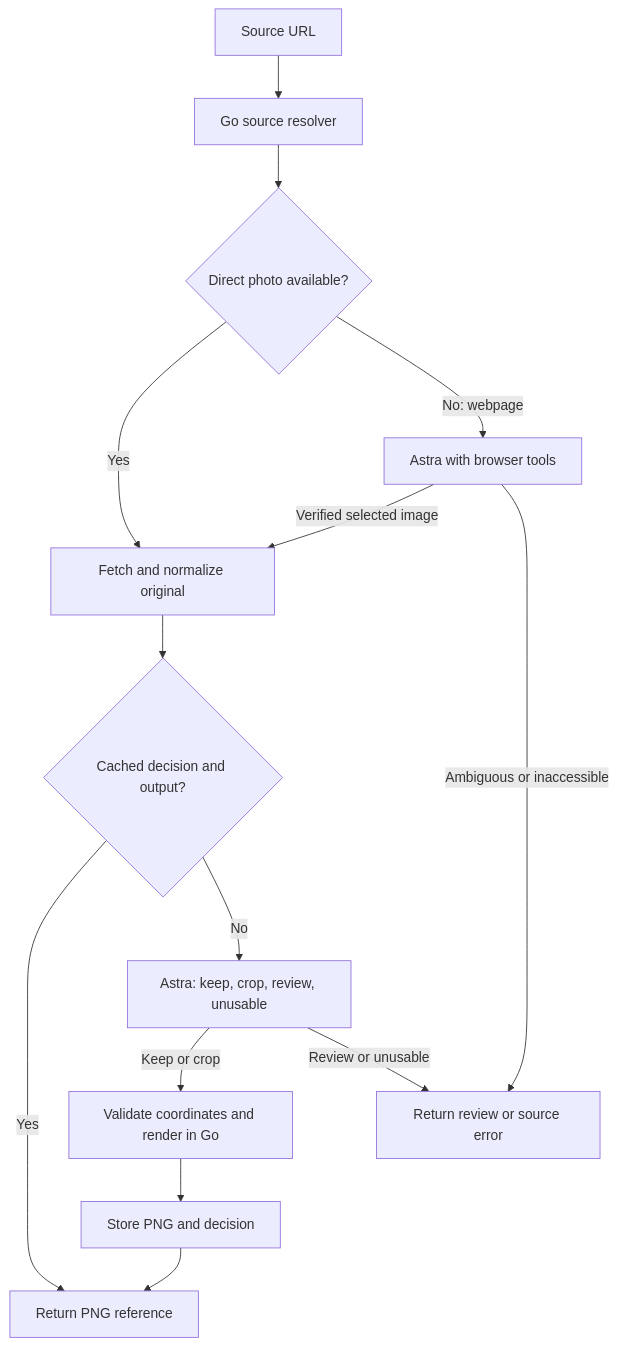
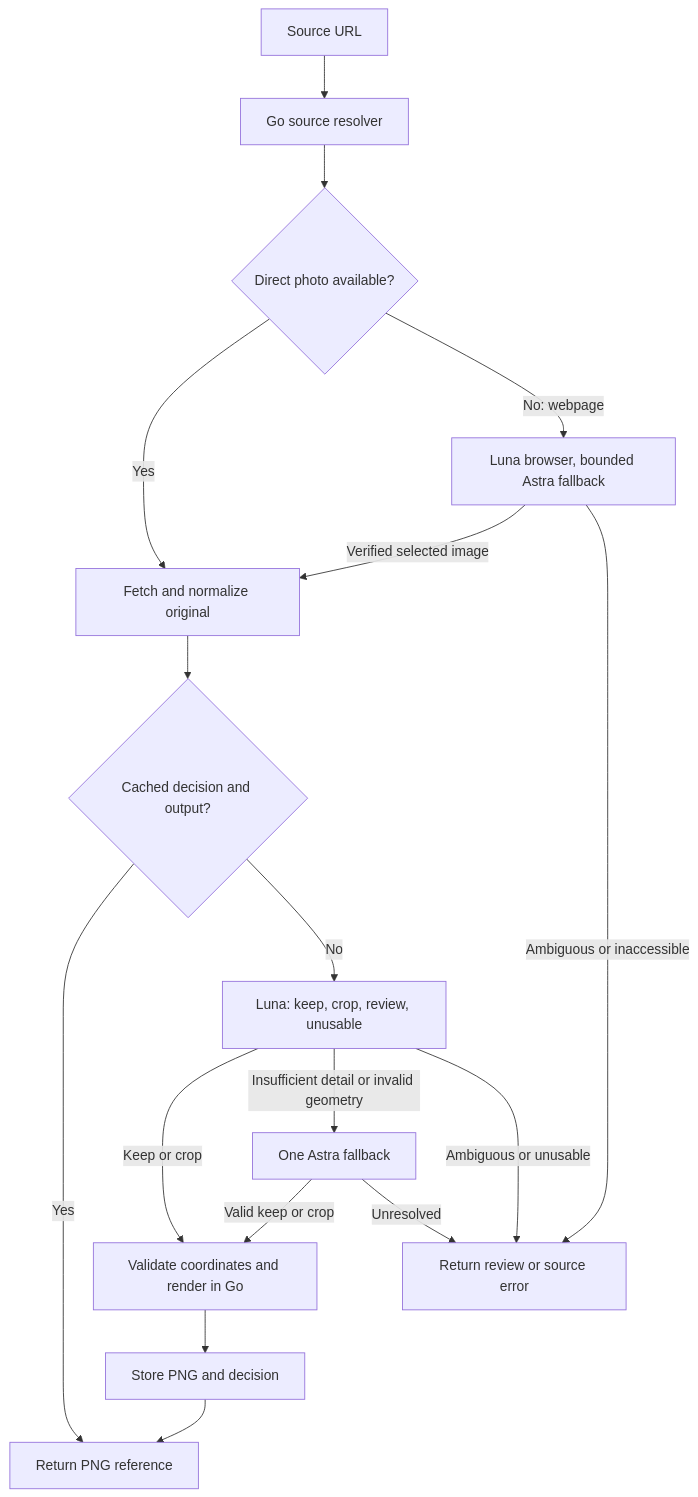
Before and after one commit to Orbiterio/docs: the diagram in guides/open-work/profile-image-crop.mdx, drawn with Mermaid. The commit also changed other lines of this file and 5 other files, not shown here.

````diff
--- a/guides/open-work/profile-image-crop.mdx
+++ b/guides/open-work/profile-image-crop.mdx
@@ -53,16 +110,19 @@
 ```mermaid
 flowchart TD
     A[Source URL] --> B[Go source resolver]
     B --> C{Direct photo available?}
     C -->|Yes| D[Fetch and normalize original]
-    C -->|No: webpage| E[Astra with browser tools]
+    C -->|No: webpage| E[Luna browser, bounded Astra fallback]
     E -->|Verified selected image| D
     E -->|Ambiguous or inaccessible| R[Return review or source error]
     D --> F{Cached decision and output?}
     F -->|Yes| G[Return PNG reference]
-    F -->|No| H[Astra: keep, crop, review, unusable]
+    F -->|No| H[Luna: keep, crop, review, unusable]
     H -->|Keep or crop| I[Validate coordinates and render in Go]
     I --> J[Store PNG and decision]
     J --> G
-    H -->|Review or unusable| R
+    H -->|Insufficient detail or invalid geometry| K[One Astra fallback]
+    K -->|Valid keep or crop| I
+    K -->|Unresolved| R
+    H -->|Ambiguous or unusable| R
 ```
````
